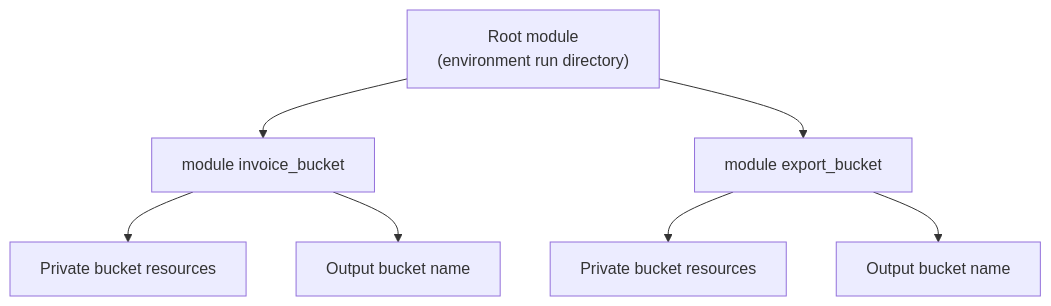
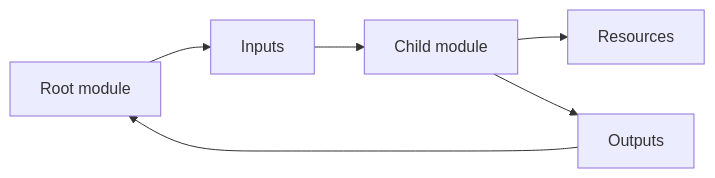
One commit to senlinyy/dev-roadmaps changed the diagram in infrastructure-as-code/terraform/modules-and-reuse.md. Above: the diagram before and after it, drawn with Mermaid. The commit also changed other lines of this file and 10 other files, not shown here.

````diff
--- a/infrastructure-as-code/terraform/modules-and-reuse.md
+++ b/infrastructure-as-code/terraform/modules-and-reuse.md
@@ -35,9 +77,8 @@
 ```mermaid
-flowchart TD
-    A["Root module<br/>(environment run directory)"] --> B["module invoice_bucket"]
-    A --> C["module export_bucket"]
-    B --> D["Private bucket resources"]
-    C --> E["Private bucket resources"]
-    B --> F["Output bucket name"]
-    C --> G["Output bucket name"]
+flowchart LR
+    Caller["Root module"] --> Inputs["Inputs"]
+    Inputs --> Module["Child module"]
+    Module --> Resources["Resources"]
+    Module --> Outputs["Outputs"]
+    Outputs --> Caller
 ```
````
